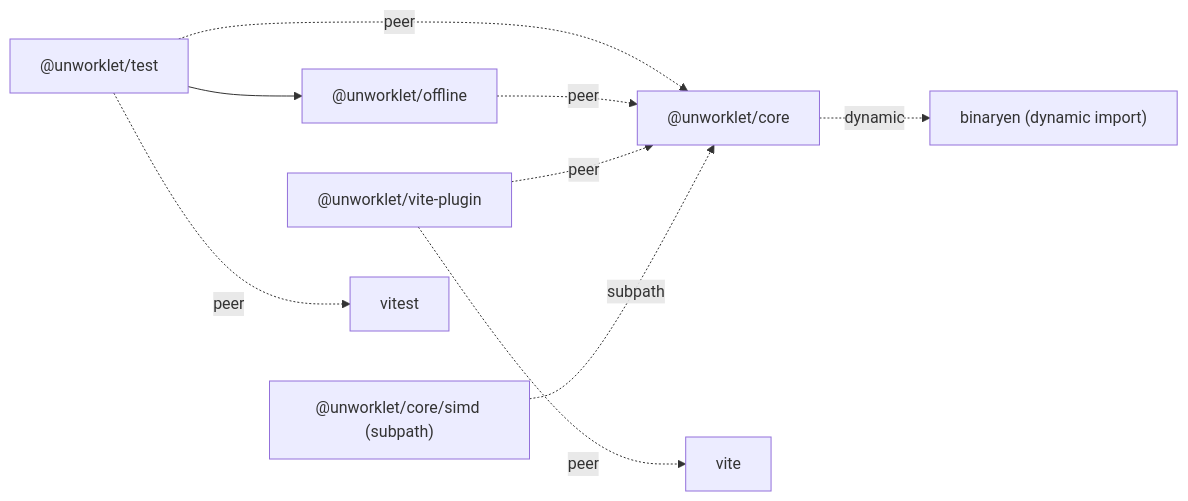
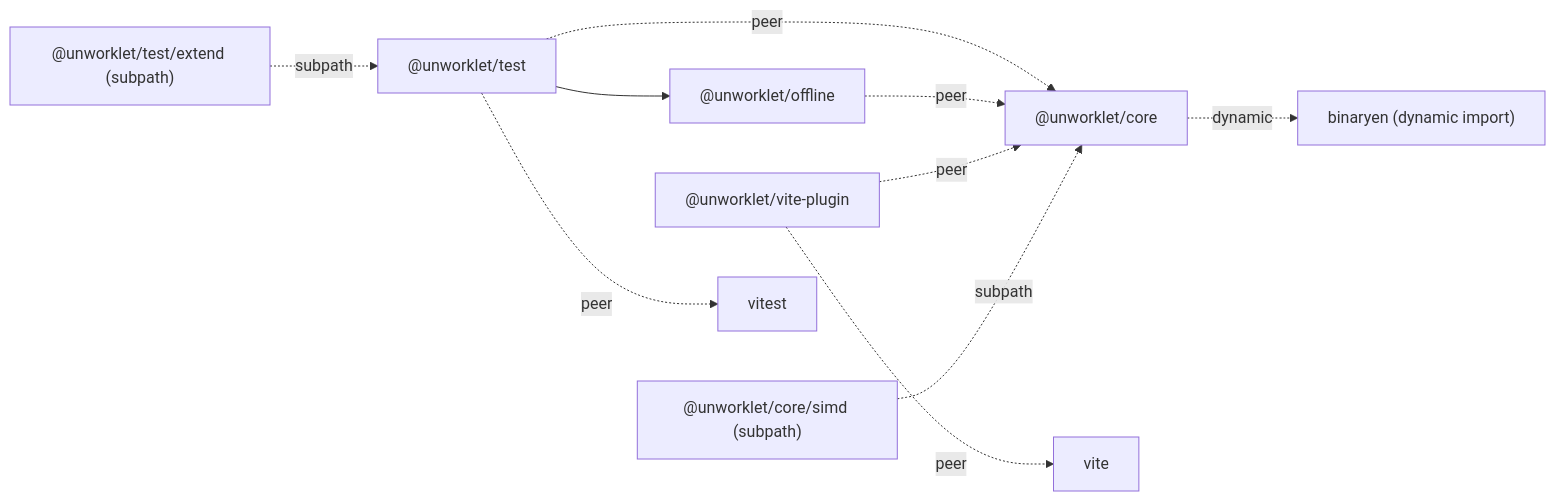
Before and after one commit to yuichkun/unworklet: the diagram in docs/09-repo-structure.md, drawn with Mermaid. The commit also changed other lines of this file and 1 other file, not shown here.

````diff
--- a/docs/09-repo-structure.md
+++ b/docs/09-repo-structure.md
@@ -66,20 +66,22 @@
 ```mermaid
 graph LR
   core["@unworklet/core"]
   simd["@unworklet/core/simd (subpath)"]
   vp["@unworklet/vite-plugin"]
   offline["@unworklet/offline"]
   test["@unworklet/test"]
+  testExtend["@unworklet/test/extend (subpath)"]
   binaryen["binaryen (dynamic import)"]
   vite[vite]
   vitest[vitest]
 
   simd -.subpath.-> core
+  testExtend -.subpath.-> test
   core -.dynamic.-> binaryen
   vp -.peer.-> core
   vp -.peer.-> vite
   offline -.peer.-> core
   test --> offline
   test -.peer.-> core
   test -.peer.-> vitest
 ```
````
